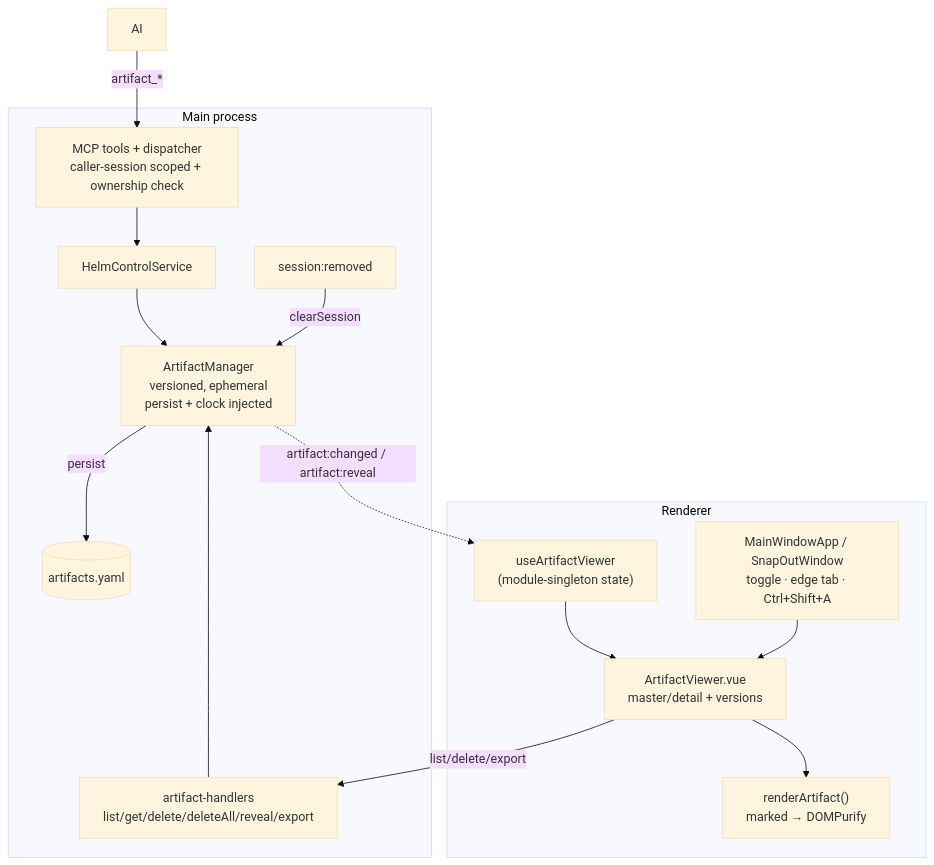
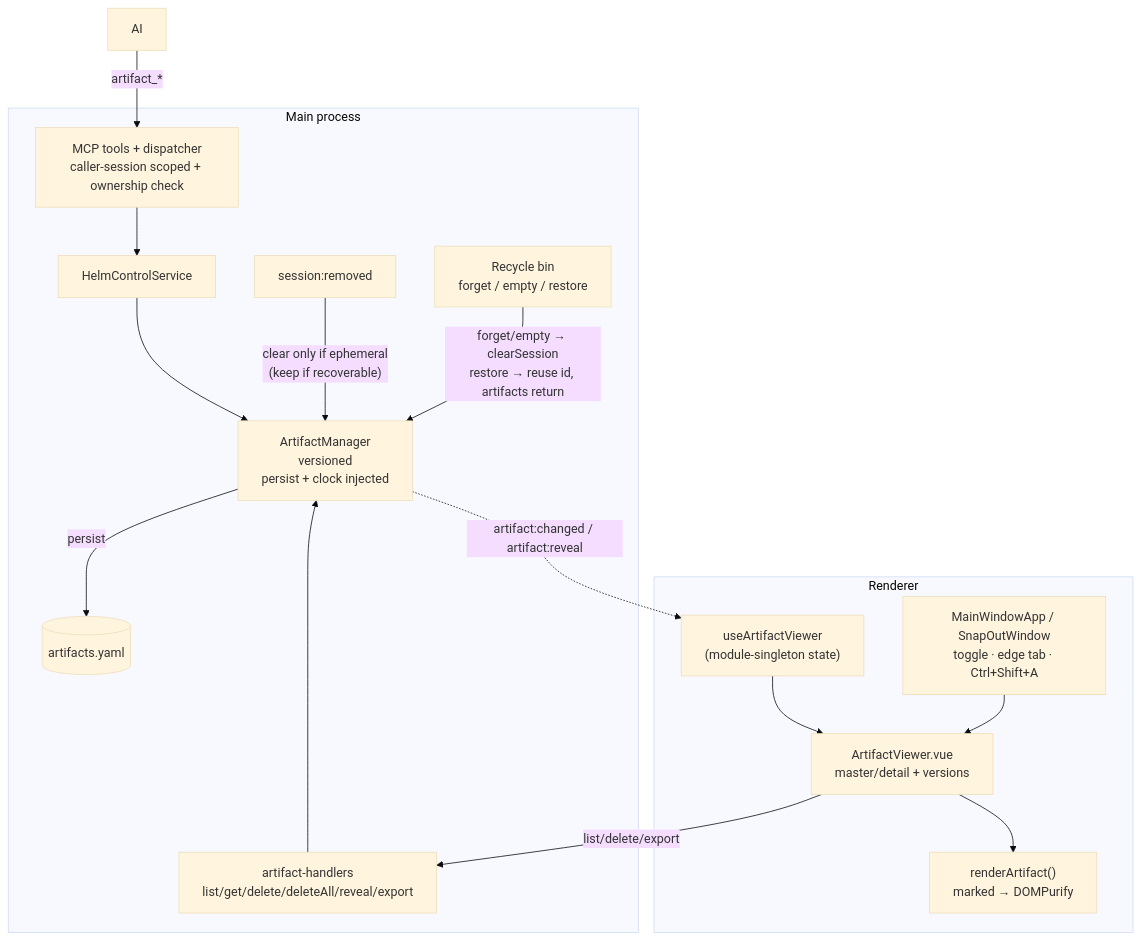
Before and after one commit to PetePeter/gamepad-cli-hub: the diagram in docs/artifact-viewer.md, drawn with Mermaid (base theme). The commit also changed other lines of this file and 7 other files, not shown here.

First line of the commit message:
feat(artifacts): preserve artifacts across recycle-bin restore

````diff
--- a/docs/artifact-viewer.md
+++ b/docs/artifact-viewer.md
@@ -78,25 +82,27 @@
 ```mermaid
 graph TB
     subgraph "Main process"
-        AM["ArtifactManager<br/>versioned, ephemeral<br/>persist + clock injected"]
+        AM["ArtifactManager<br/>versioned<br/>persist + clock injected"]
         IPC["artifact-handlers<br/>list/get/delete/deleteAll/reveal/export"]
         MCP["MCP tools + dispatcher<br/>caller-session scoped + ownership check"]
         SVC["HelmControlService"]
         YAML[("artifacts.yaml")]
         SR["session:removed"]
+        BIN["Recycle bin<br/>forget / empty / restore"]
     end
     subgraph "Renderer"
         COMP["useArtifactViewer<br/>(module-singleton state)"]
         VIEW["ArtifactViewer.vue<br/>master/detail + versions"]
         RENDER["renderArtifact()<br/>marked → DOMPurify"]
         MAIN["MainWindowApp / SnapOutWindow<br/>toggle · edge tab · Ctrl+Shift+A"]
     end
 
     AI["AI"] -->|artifact_*| MCP --> SVC --> AM
     AM -->|persist| YAML
     AM -. "artifact:changed / artifact:reveal" .-> COMP
     COMP --> VIEW --> RENDER
     MAIN --> VIEW
     VIEW -->|list/delete/export| IPC --> AM
-    SR -->|clearSession| AM
+    SR -->|"clear only if ephemeral<br/>(keep if recoverable)"| AM
+    BIN -->|"forget/empty → clearSession<br/>restore → reuse id, artifacts return"| AM
 ```
````
